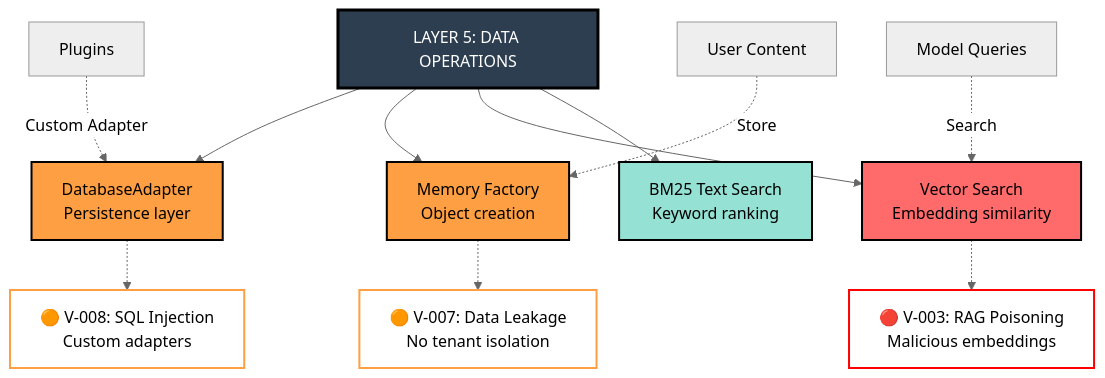
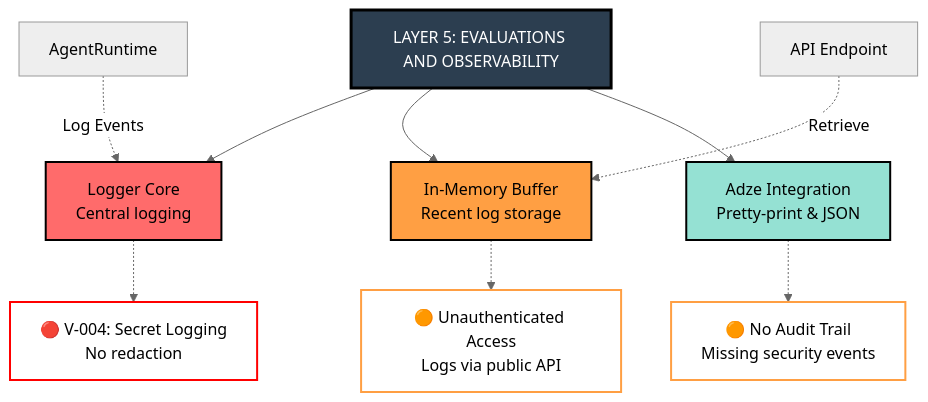
One commit to mondweep/agentic-ai-security-demo-rela8group-ciso-london-summit changed the seventh of 11 diagrams in presentation/assets/maestro-framework-visual.md. Above: the diagram before and after it, drawn with Mermaid (neutral theme). The commit also changed other lines of this file and 16 other files, not shown here.

````diff
--- a/presentation/assets/maestro-framework-visual.md
+++ b/presentation/assets/maestro-framework-visual.md
@@ -288,26 +294,23 @@
 ```mermaid
 graph TD
-    L5[LAYER 5: DATA OPERATIONS]
+    L5[LAYER 5: EVALUATIONS AND OBSERVABILITY]
 
-    L5 --> C1[DatabaseAdapter<br/>Persistence layer]
-    L5 --> C2[Memory Factory<br/>Object creation]
-    L5 --> C3[Vector Search<br/>Embedding similarity]
-    L5 --> C4[BM25 Text Search<br/>Keyword ranking]
+    L5 --> C1[Logger Core<br/>Central logging]
+    L5 --> C2[In-Memory Buffer<br/>Recent log storage]
+    L5 --> C3[Adze Integration<br/>Pretty-print & JSON]
 
-    C1 -.-> V1["🟠 V-008: SQL Injection<br/>Custom adapters"]
-    C2 -.-> V2["🟠 V-007: Data Leakage<br/>No tenant isolation"]
-    C3 -.-> V3["🔴 V-003: RAG Poisoning<br/>Malicious embeddings"]
+    C1 -.-> V1["🔴 V-004: Secret Logging<br/>No redaction"]
+    C2 -.-> V2["🟠 Unauthenticated Access<br/>Logs via public API"]
+    C3 -.-> V3["🟠 No Audit Trail<br/>Missing security events"]
 
-    Plugins[Plugins] -.->|"Custom Adapter"| C1
-    User[User Content] -.->|"Store"| C2
-    Model[Model Queries] -.->|"Search"| C3
+    Runtime[AgentRuntime] -.->|"Log Events"| C1
+    API[API Endpoint] -.->|"Retrieve"| C2
 
     style L5 fill:#2c3e50,stroke:#000,stroke-width:3px,color:#fff
-    style C1 fill:#ff9f43,stroke:#000,stroke-width:2px
+    style C1 fill:#ff6b6b,stroke:#000,stroke-width:2px
     style C2 fill:#ff9f43,stroke:#000,stroke-width:2px
-    style C3 fill:#ff6b6b,stroke:#000,stroke-width:2px
-    style C4 fill:#95e1d3,stroke:#000,stroke-width:2px
-    style V1 fill:#fff,stroke:#ff9f43,stroke-width:2px
+    style C3 fill:#95e1d3,stroke:#000,stroke-width:2px
+    style V1 fill:#fff,stroke:#ff0000,stroke-width:2px
     style V2 fill:#fff,stroke:#ff9f43,stroke-width:2px
-    style V3 fill:#fff,stroke:#ff0000,stroke-width:2px
+    style V3 fill:#fff,stroke:#ff9f43,stroke-width:2px
 ```
````
